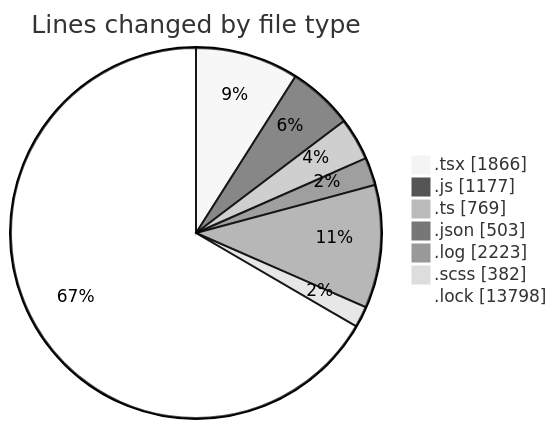
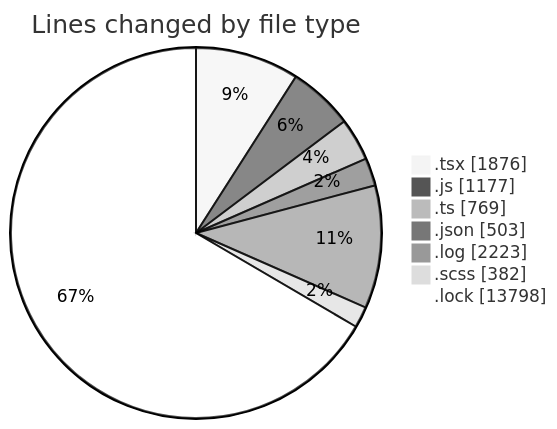
One commit to momahboobian/code-tracking changed the first of 2 diagrams in 2026-04-17/cda/README.md. Above: the diagram before and after it, drawn with Mermaid (neutral theme). The commit also changed other lines of this file and 1 other file, not shown here.

````diff
--- a/2026-04-17/cda/README.md
+++ b/2026-04-17/cda/README.md
@@ -47,11 +47,11 @@
 ```mermaid
 pie showData
 title Lines changed by file type
-".tsx" : 1866
+".tsx" : 1876
 ".js" : 1177
 ".ts" : 769
 ".json" : 503
 ".log" : 2223
 ".scss" : 382
 ".lock" : 13798
 ```
````
